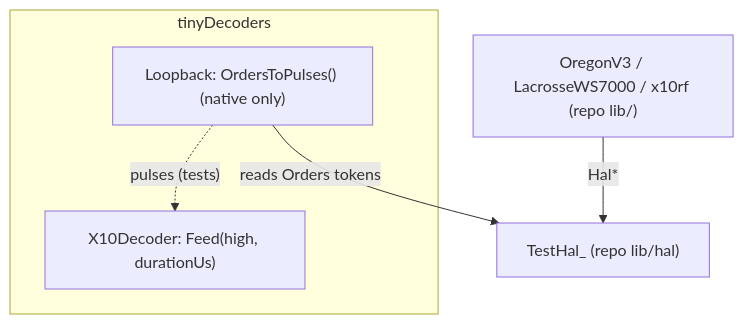
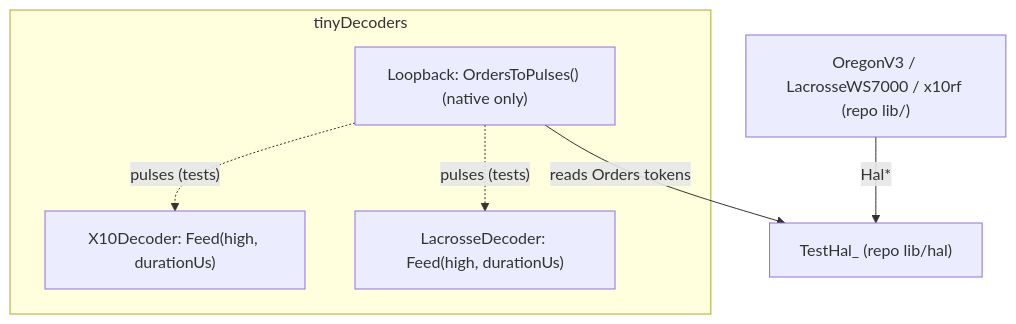
The second of 2 diagrams in docs/architecture.md (arcadien/tinySensor), drawn with Mermaid before and after one commit. The commit also changed other lines of this file, not shown here.

Commit message:
arch(FUNC-DECODE-002): add LacrosseDecoder to tinyDecoders

````diff
--- a/docs/architecture.md
+++ b/docs/architecture.md
@@ -105,10 +105,12 @@
 ```mermaid
 graph TD
   subgraph tinyDecoders
     Loopback["Loopback: OrdersToPulses() (native only)"]
     X10Decoder["X10Decoder: Feed(high, durationUs)"]
+    LacrosseDecoder["LacrosseDecoder: Feed(high, durationUs)"]
   end
   Loopback -.->|"pulses (tests)"| X10Decoder
+  Loopback -.->|"pulses (tests)"| LacrosseDecoder
   Encoders["OregonV3 / LacrosseWS7000 / x10rf (repo lib/)"] -->|Hal*| TestHal["TestHal_ (repo lib/hal)"]
   Loopback -->|"reads Orders tokens"| TestHal
 ```
````
